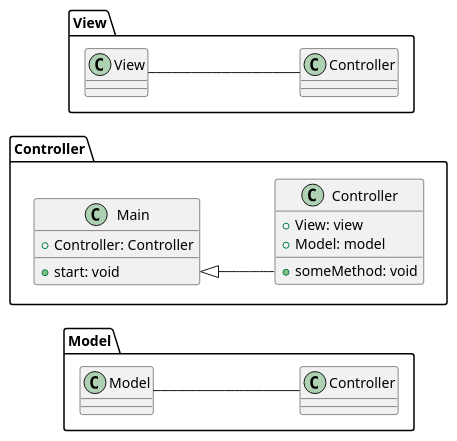
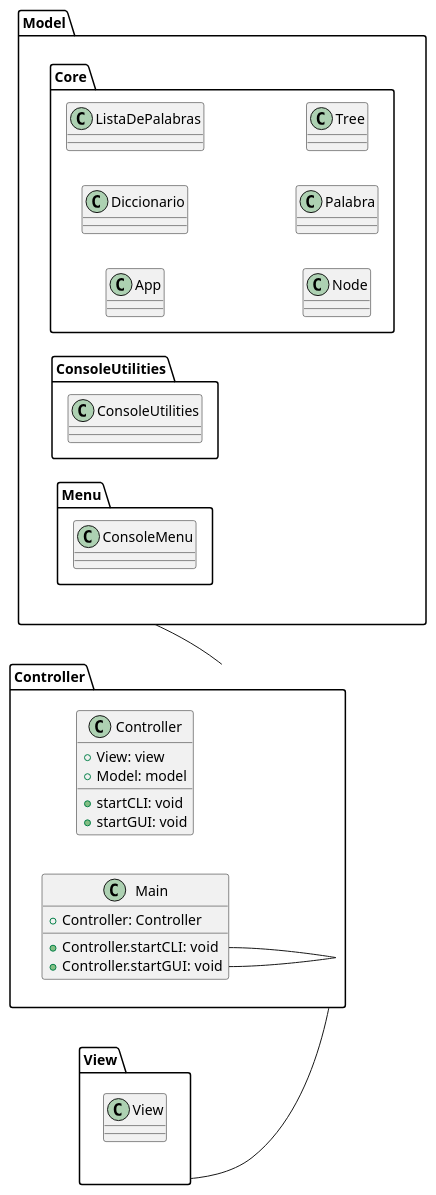
One commit to Ma-Nu-El/Complejidad-Computacional-App changed the diagram in uml.org. Above: the diagram before and after it, drawn with PlantUML. The commit also changed other lines of this file and 3 other files, not shown here.

Commit message:
continue UML

```diff
--- a/uml.org
+++ b/uml.org
@@ -42,32 +42,64 @@
 #+begin_src plantuml
 left to right direction
 
-'Model'
-package "Model" {
-        class Model {
-        }
-        Model -- Controller
-}
 
 'Controller'
 package "Controller"  {
         class Controller {
                 + {field} View: view
                 + {field} Model: model
-                + {method} someMethod: void
+                + {method} startCLI: void
+                + {method} startGUI: void
         }
 
         class Main {
                 + {field} Controller: Controller
-                + {method} start: void
+                + {method} Controller.startCLI: void
+                + {method} Controller.startGUI: void
         }
-        Main::start <|-- Controller::someMethod
+}
+
+'Model'
+package "Model" {
+
+        package "Core"{
+                class App {
+                }
+                class Diccionario {
+                }
+                class ListaDePalabras {
+                }
+                class Node {
+                }
+                class Palabra {
+                }
+                class Tree {
+                }
+
+        }
+        package "ConsoleUtilities"{
+                class ConsoleUtilities{
+                }
+
+        }
+        package "Menu"{
+                class ConsoleMenu{
+                }
+        }
+
+
 }
 
 'View'
 package "View"  {
         class View {
         }
-        View -- Controller
 }
+
+'Relations'
+Main::startCLI -- Controller::startCLI
+Main::startGUI -- Controller::startGUI
+
+Model -- Controller
+View -- Controller
 #+end_src
```
